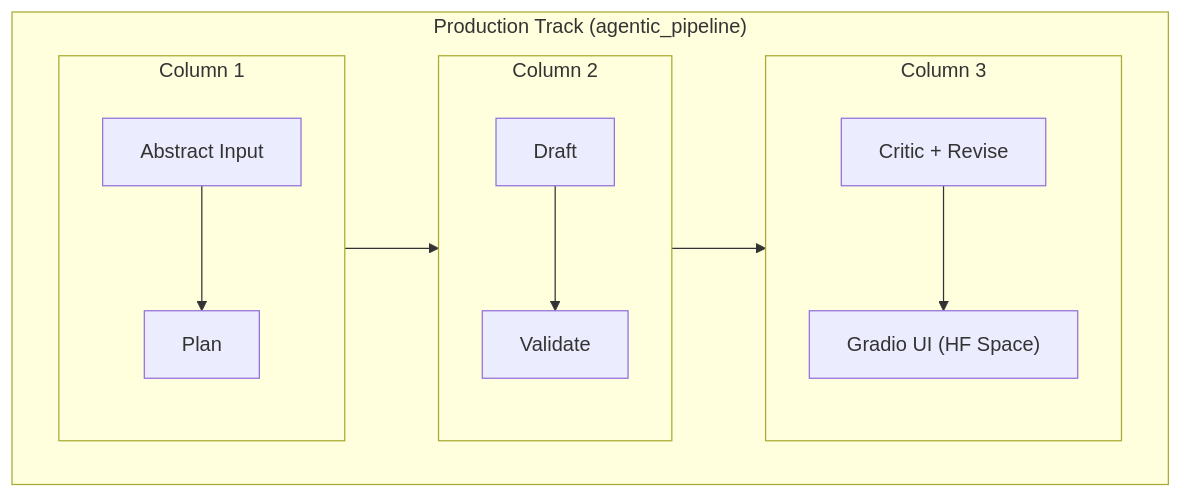
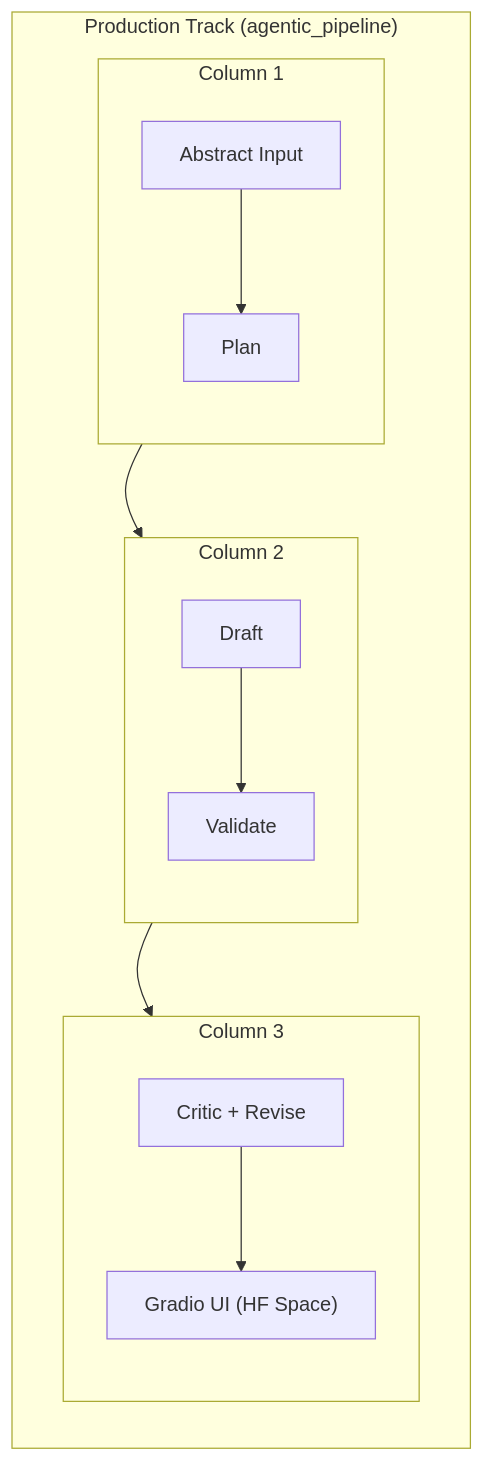
One commit to daspushpita/MiniAstroGPT changed the second of 2 diagrams in README.md. Above: the diagram before and after it, drawn with Mermaid. The commit also changed other lines of this file, not shown here.

````diff
--- a/README.md
+++ b/README.md
@@ -105,24 +109,28 @@
 ```mermaid
-flowchart LR
+flowchart TB
   subgraph P["Production Track (agentic_pipeline)"]
-    direction LR
+    direction TB
 
     subgraph P1["Column 1"]
       direction TB
       X["Abstract Input"] --> Y["Plan"]
     end
 
     subgraph P2["Column 2"]
       direction TB
       Z["Draft"] --> U["Validate"]
     end
 
     subgraph P3["Column 3"]
       direction TB
       V["Critic + Revise"] --> W["Gradio UI (HF Space)"]
     end
 
     Y --> Z
     U --> V
+    X ~~~ Z
+    Z ~~~ V
+    Y ~~~ U
+    U ~~~ W
   end
 ```
````
